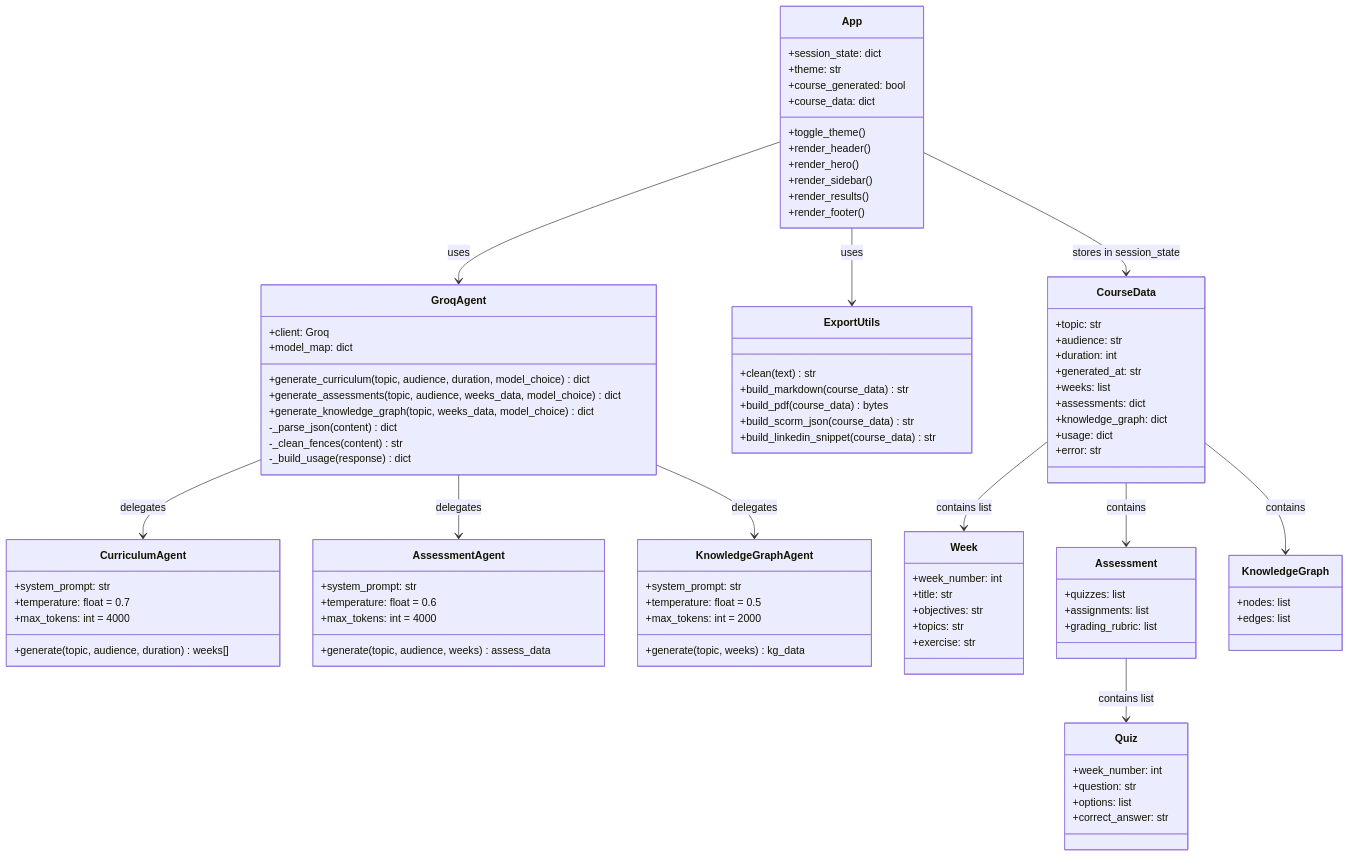
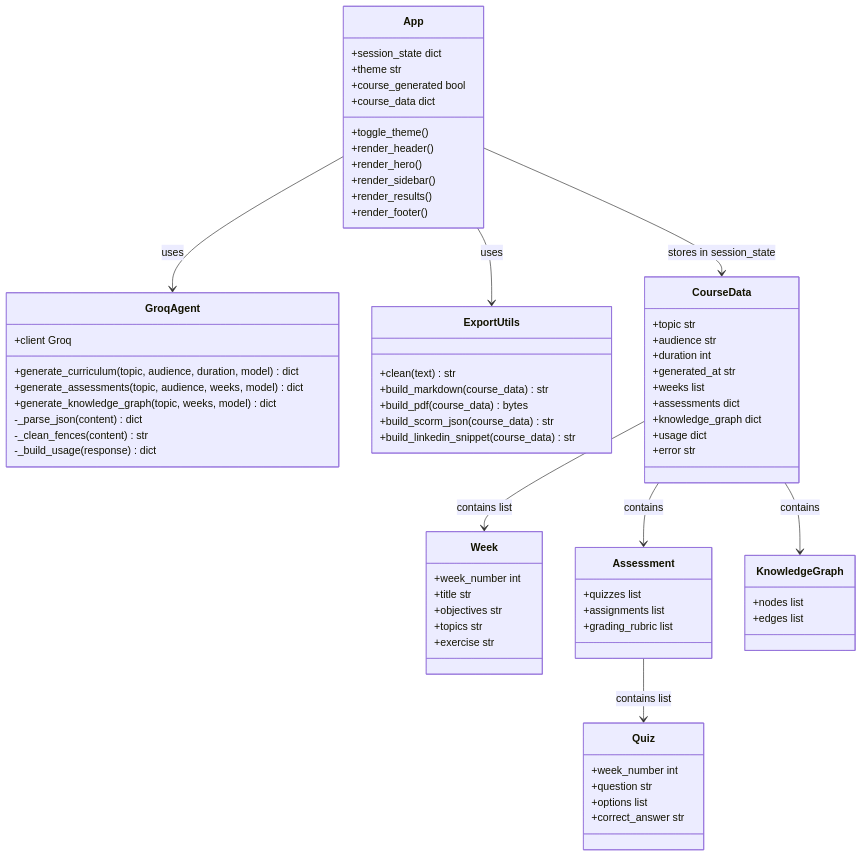
Before and after one commit to Aghawafaabbass/coursecraft-ai: the fourth of 5 diagrams in README.md, drawn with Mermaid. The commit also changed other lines of this file, not shown here.

````diff
--- a/README.md
+++ b/README.md
@@ -261,10 +305,10 @@
 ```mermaid
 classDiagram
     class App {
-        +session_state: dict
-        +theme: str
-        +course_generated: bool
-        +course_data: dict
+        +session_state dict
+        +theme str
+        +course_generated bool
+        +course_data dict
         +toggle_theme()
         +render_header()
         +render_hero()
@@ -274,35 +318,13 @@
     }
 
     class GroqAgent {
-        +client: Groq
-        +model_map: dict
-        +generate_curriculum(topic, audience, duration, model_choice) dict
-        +generate_assessments(topic, audience, weeks_data, model_choice) dict
-        +generate_knowledge_graph(topic, weeks_data, model_choice) dict
+        +client Groq
+        +generate_curriculum(topic, audience, duration, model) dict
+        +generate_assessments(topic, audience, weeks, model) dict
+        +generate_knowledge_graph(topic, weeks, model) dict
         -_parse_json(content) dict
         -_clean_fences(content) str
         -_build_usage(response) dict
-    }
-
-    class CurriculumAgent {
-        +system_prompt: str
-        +temperature: float = 0.7
-        +max_tokens: int = 4000
-        +generate(topic, audience, duration) weeks[]
-    }
-
-    class AssessmentAgent {
-        +system_prompt: str
-        +temperature: float = 0.6
-        +max_tokens: int = 4000
-        +generate(topic, audience, weeks) assess_data
-    }
-
-    class KnowledgeGraphAgent {
-        +system_prompt: str
-        +temperature: float = 0.5
-        +max_tokens: int = 2000
-        +generate(topic, weeks) kg_data
     }
 
     class ExportUtils {
@@ -314,49 +336,46 @@
     }
 
     class CourseData {
-        +topic: str
-        +audience: str
-        +duration: int
-        +generated_at: str
-        +weeks: list
-        +assessments: dict
-        +knowledge_graph: dict
-        +usage: dict
-        +error: str
+        +topic str
+        +audience str
+        +duration int
+        +generated_at str
+        +weeks list
+        +assessments dict
+        +knowledge_graph dict
+        +usage dict
+        +error str
     }
 
     class Week {
-        +week_number: int
-        +title: str
-        +objectives: str
-        +topics: str
-        +exercise: str
+        +week_number int
+        +title str
+        +objectives str
+        +topics str
+        +exercise str
     }
 
     class Assessment {
-        +quizzes: list
-        +assignments: list
-        +grading_rubric: list
+        +quizzes list
+        +assignments list
+        +grading_rubric list
     }
 
     class Quiz {
-        +week_number: int
-        +question: str
-        +options: list
-        +correct_answer: str
+        +week_number int
+        +question str
+        +options list
+        +correct_answer str
     }
 
     class KnowledgeGraph {
-        +nodes: list
-        +edges: list
+        +nodes list
+        +edges list
     }
 
     App --> GroqAgent : uses
     App --> ExportUtils : uses
     App --> CourseData : stores in session_state
-    GroqAgent --> CurriculumAgent : delegates
-    GroqAgent --> AssessmentAgent : delegates
-    GroqAgent --> KnowledgeGraphAgent : delegates
     CourseData --> Week : contains list
     CourseData --> Assessment : contains
     CourseData --> KnowledgeGraph : contains
````
